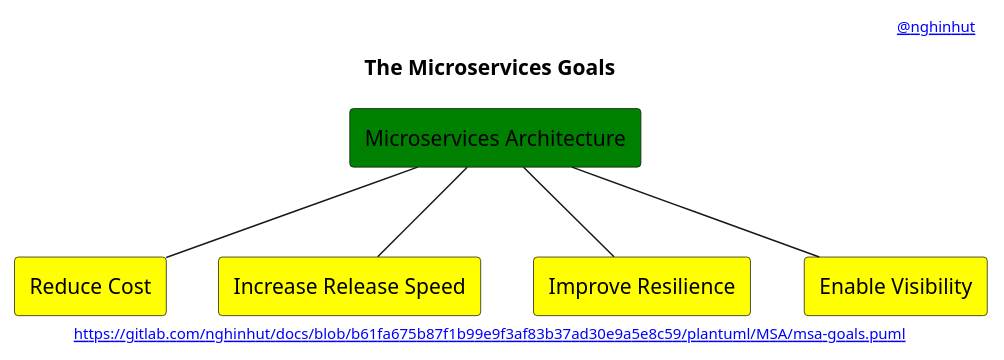
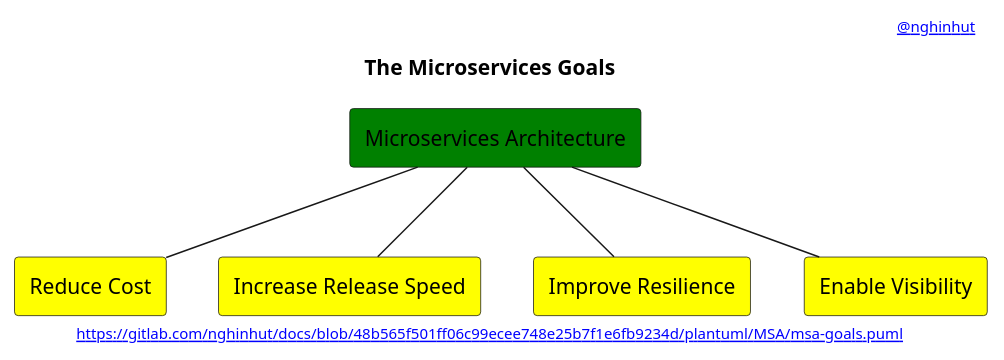
The diagram in plantuml/MSA/msa-goals.puml (nghinhut/docs), drawn with PlantUML before and after one commit. The commit also changed 24 other files, not shown here.

Commit message:
docs(plantuml): update headers

```diff
--- a/plantuml/MSA/msa-goals.puml
+++ b/plantuml/MSA/msa-goals.puml
@@ -1,21 +1,21 @@
 @startuml
 '-----START auto generated metadata please keep comment here to allow auto update-----
 '-----DON'T EDIT THIS SECTION, INSTEAD RE-RUN prebuild.sh TO UPDATE-----
-header [[https://www.nghinhut.dev?from=http%5C%3A%5C%2F%5C%2Fwww%5C.plantuml%5C.com%5C%2Fplantuml%5C%2Fproxy%3Ffmt%3Dsvg%5C%26src%3Dhttps%5C%3A%5C%2F%5C%2Fgitlab%5C.com%5C%2Fnghinhut%5C%2Fdocs%5C%2Fraw%5C%2Fb61fa675b87f1b99e9f3af83b37ad30e9a5e8c59%5C%2Fplantuml%5C%2FMSA%5C%2Fmsa-goals%5C.puml%0A @nghinhut]]
-footer [[http://www.plantuml.com/plantuml/proxy?fmt=svg&src=https://gitlab.com/nghinhut/docs/raw/b61fa675b87f1b99e9f3af83b37ad30e9a5e8c59/plantuml/MSA/msa-goals.puml https://gitlab.com/nghinhut/docs/blob/b61fa675b87f1b99e9f3af83b37ad30e9a5e8c59/plantuml/MSA/msa-goals.puml]]
+header [[https://www.nghinhut.dev?from=http%5C%3A%5C%2F%5C%2Fwww%5C.plantuml%5C.com%5C%2Fplantuml%5C%2Fproxy%3Ffmt%3Dsvg%5C%26src%3Dhttps%5C%3A%5C%2F%5C%2Fgitlab%5C.com%5C%2Fnghinhut%5C%2Fdocs%5C%2Fraw%5C%2F48b565f501ff06c99ecee748e25b7f1e6fb9234d%5C%2Fplantuml%5C%2FMSA%5C%2Fmsa-goals%5C.puml%0A @nghinhut]]
+footer [[http://www.plantuml.com/plantuml/proxy?fmt=svg&src=https://gitlab.com/nghinhut/docs/raw/48b565f501ff06c99ecee748e25b7f1e6fb9234d/plantuml/MSA/msa-goals.puml https://gitlab.com/nghinhut/docs/blob/48b565f501ff06c99ecee748e25b7f1e6fb9234d/plantuml/MSA/msa-goals.puml]]
 '-----END auto generated metadata please keep comment here to allow auto update-----
 title The Microservices Goals
 
 rectangle "Microservices Architecture" as msa #green
 
 rectangle "Reduce Cost" as goal1 #yellow
 rectangle "Increase Release Speed" as goal2 #yellow
 rectangle "Improve Resilience" as goal3 #yellow
 rectangle "Enable Visibility" as goal4 #yellow
 
 msa -- goal1
 msa -- goal2
 msa -- goal3
 msa -- goal4
 
 @enduml
```
